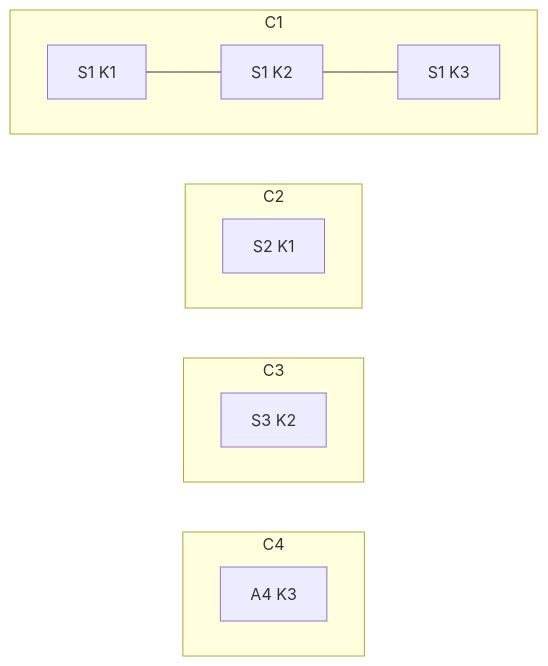
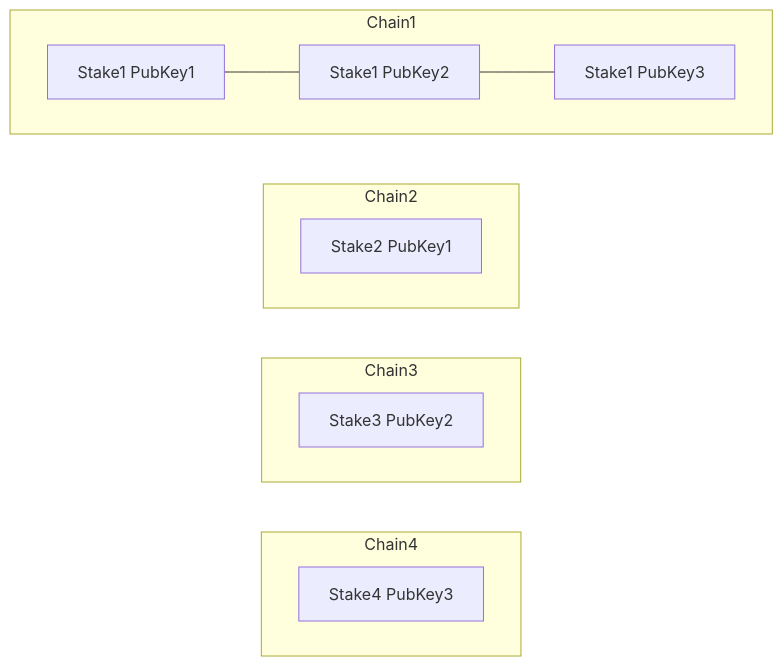
The fourth of 5 diagrams in rust/rbac-registration/examples.md (input-output-hk/catalyst-libs), drawn with Mermaid before and after one commit. The commit also changed other lines of this file, not shown here.

````diff
--- a/rust/rbac-registration/examples.md
+++ b/rust/rbac-registration/examples.md
@@ -55,19 +59,19 @@
 ```mermaid
 flowchart LR
-    subgraph C4
+    subgraph Chain4
         direction LR
-        E0[A4 K3]
+        E0[Stake4 PubKey3]
     end
-    subgraph C3
+    subgraph Chain3
         direction LR
-        D0[S3 K2]
+        D0[Stake3 PubKey2]
     end
-    subgraph C2
+    subgraph Chain2
         direction LR
-        B0[S2 K1]
+        B0[Stake2 PubKey1]
     end
-    subgraph C1
+    subgraph Chain1
         direction LR
-        A0[S1 K1] --- A1[S1 K2] --- A2[S1 K3]
+        A0[Stake1 PubKey1] --- A1[Stake1 PubKey2] --- A2[Stake1 PubKey3]
     end
 ```
````
